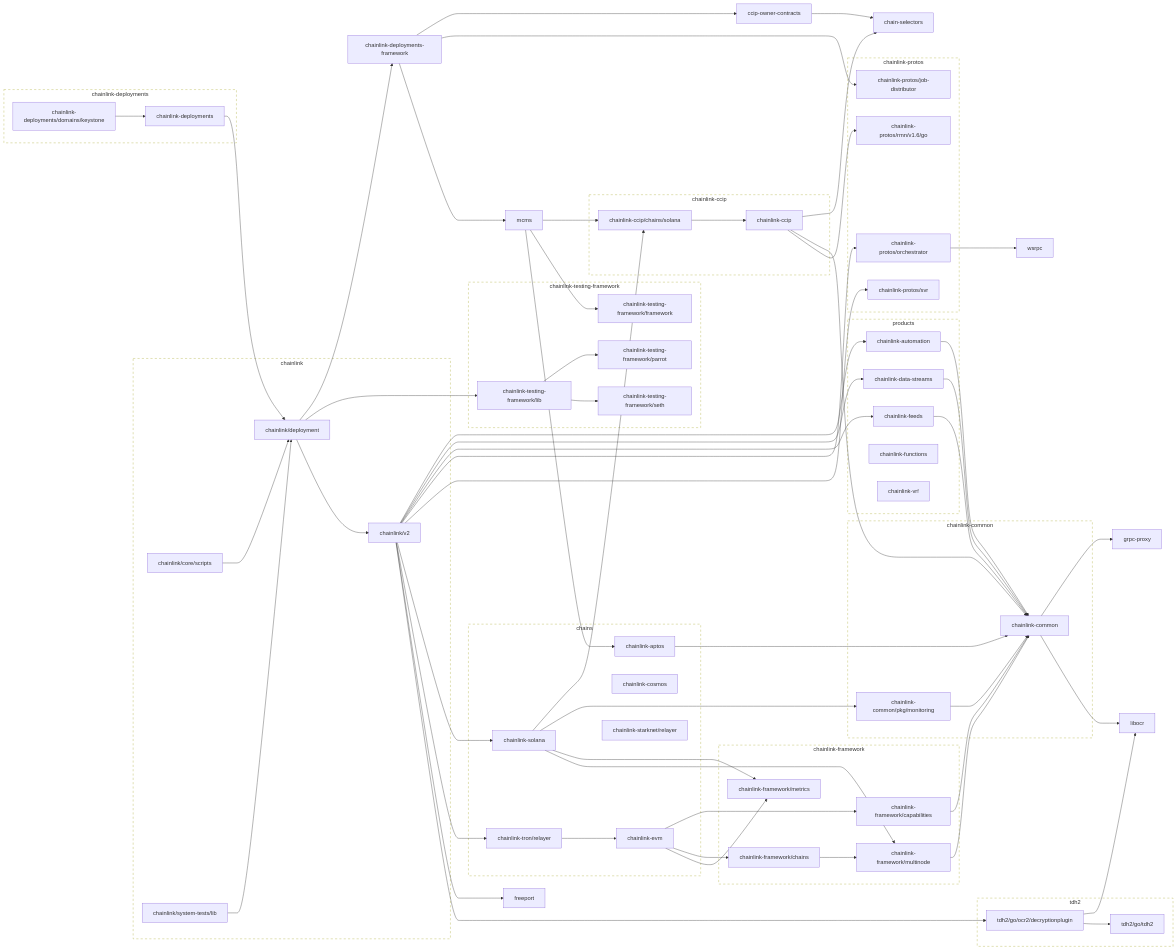
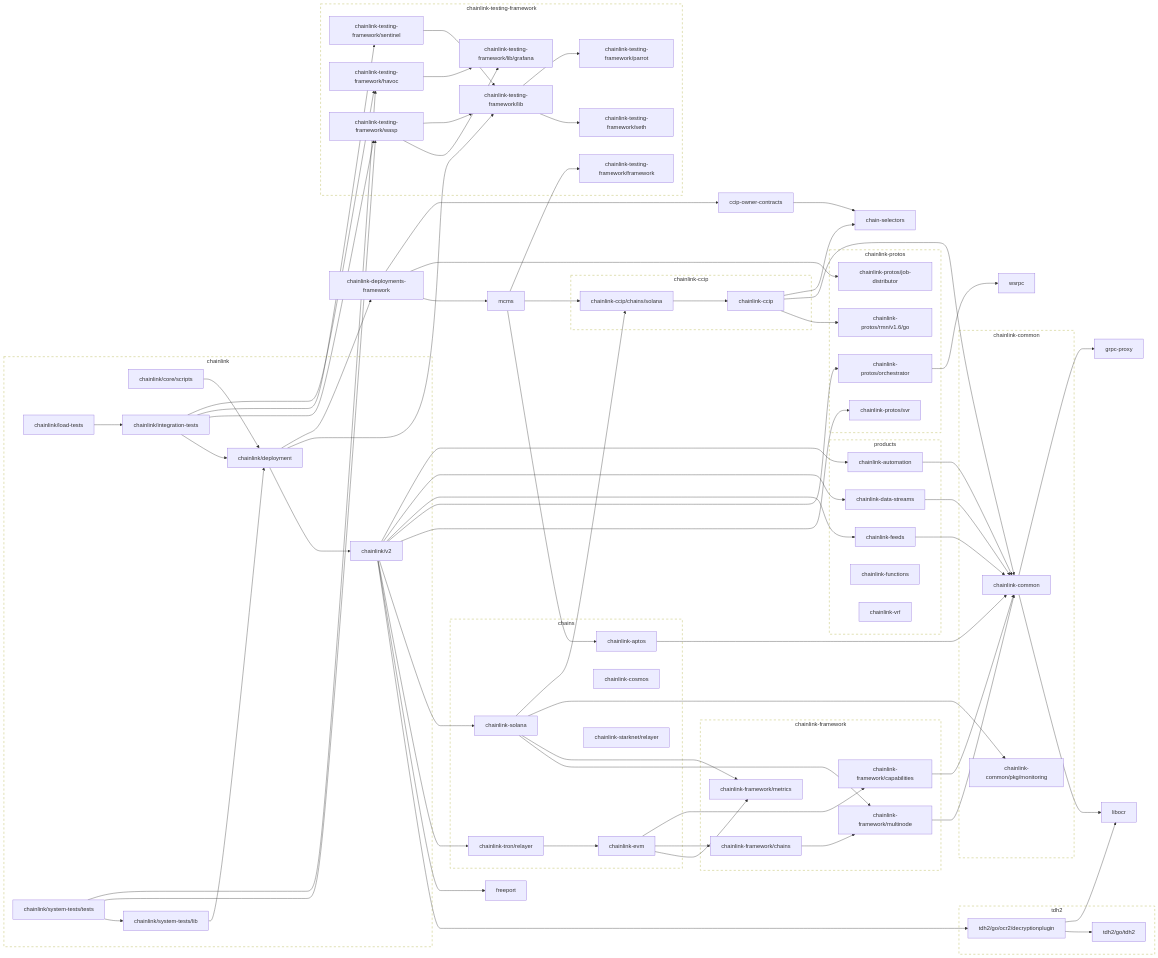
The second of 2 diagrams in go.md (smartcontractkit/chainlink), drawn with Mermaid before and after one commit. The commit also changed other lines of this file and 1 other file, not shown here.

````diff
--- a/go.md
+++ b/go.md
@@ -224,18 +166,14 @@
 	chainlink-common --> grpc-proxy
 	chainlink-common --> libocr
 	click chainlink-common href "https://github.com/smartcontractkit/chainlink-common"
-	chainlink-common/pkg/monitoring --> chainlink-common
+	chainlink-common/pkg/monitoring
 	click chainlink-common/pkg/monitoring href "https://github.com/smartcontractkit/chainlink-common"
 	chainlink-data-streams --> chainlink-common
 	click chainlink-data-streams href "https://github.com/smartcontractkit/chainlink-data-streams"
-	chainlink-deployments --> chainlink/deployment
-	click chainlink-deployments href "https://github.com/smartcontractkit/chainlink-deployments"
 	chainlink-deployments-framework --> ccip-owner-contracts
 	chainlink-deployments-framework --> chainlink-protos/job-distributor
 	chainlink-deployments-framework --> mcms
 	click chainlink-deployments-framework href "https://github.com/smartcontractkit/chainlink-deployments-framework"
-	chainlink-deployments/domains/keystone --> chainlink-deployments
-	click chainlink-deployments/domains/keystone href "https://github.com/smartcontractkit/chainlink-deployments"
 	chainlink-evm --> chainlink-framework/capabilities
 	chainlink-evm --> chainlink-framework/chains
 	chainlink-evm --> chainlink-framework/metrics
@@ -265,13 +203,22 @@
 	click chainlink-solana href "https://github.com/smartcontractkit/chainlink-solana"
 	chainlink-testing-framework/framework
 	click chainlink-testing-framework/framework href "https://github.com/smartcontractkit/chainlink-testing-framework"
+	chainlink-testing-framework/havoc --> chainlink-testing-framework/lib/grafana
+	click chainlink-testing-framework/havoc href "https://github.com/smartcontractkit/chainlink-testing-framework"
 	chainlink-testing-framework/lib --> chainlink-testing-framework/parrot
 	chainlink-testing-framework/lib --> chainlink-testing-framework/seth
 	click chainlink-testing-framework/lib href "https://github.com/smartcontractkit/chainlink-testing-framework"
+	chainlink-testing-framework/lib/grafana
+	click chainlink-testing-framework/lib/grafana href "https://github.com/smartcontractkit/chainlink-testing-framework"
 	chainlink-testing-framework/parrot
 	click chainlink-testing-framework/parrot href "https://github.com/smartcontractkit/chainlink-testing-framework"
+	chainlink-testing-framework/sentinel --> chainlink-testing-framework/lib
+	click chainlink-testing-framework/sentinel href "https://github.com/smartcontractkit/chainlink-testing-framework"
 	chainlink-testing-framework/seth
 	click chainlink-testing-framework/seth href "https://github.com/smartcontractkit/chainlink-testing-framework"
+	chainlink-testing-framework/wasp --> chainlink-testing-framework/lib
+	chainlink-testing-framework/wasp --> chainlink-testing-framework/lib/grafana
+	click chainlink-testing-framework/wasp href "https://github.com/smartcontractkit/chainlink-testing-framework"
 	chainlink-tron/relayer --> chainlink-evm
 	click chainlink-tron/relayer href "https://github.com/smartcontractkit/chainlink-tron"
 	chainlink/core/scripts --> chainlink/deployment
@@ -280,8 +227,19 @@
 	chainlink/deployment --> chainlink-testing-framework/lib
 	chainlink/deployment --> chainlink/v2
 	click chainlink/deployment href "https://github.com/smartcontractkit/chainlink"
+	chainlink/integration-tests --> chainlink-testing-framework/havoc
+	chainlink/integration-tests --> chainlink-testing-framework/sentinel
+	chainlink/integration-tests --> chainlink-testing-framework/wasp
+	chainlink/integration-tests --> chainlink/deployment
+	click chainlink/integration-tests href "https://github.com/smartcontractkit/chainlink"
+	chainlink/load-tests --> chainlink/integration-tests
+	click chainlink/load-tests href "https://github.com/smartcontractkit/chainlink"
 	chainlink/system-tests/lib --> chainlink/deployment
 	click chainlink/system-tests/lib href "https://github.com/smartcontractkit/chainlink"
+	chainlink/system-tests/tests --> chainlink-testing-framework/havoc
+	chainlink/system-tests/tests --> chainlink-testing-framework/wasp
+	chainlink/system-tests/tests --> chainlink/system-tests/lib
+	click chainlink/system-tests/tests href "https://github.com/smartcontractkit/chainlink"
 	chainlink/v2 --> chainlink-automation
 	chainlink/v2 --> chainlink-data-streams
 	chainlink/v2 --> chainlink-feeds
@@ -313,7 +271,10 @@
 	subgraph chainlink-repo[chainlink]
 		 chainlink/core/scripts
 		 chainlink/deployment
+		 chainlink/integration-tests
+		 chainlink/load-tests
 		 chainlink/system-tests/lib
+		 chainlink/system-tests/tests
 		 chainlink/v2
 	end
 	click chainlink-repo href "https://github.com/smartcontractkit/chainlink"
@@ -329,12 +290,6 @@
 		 chainlink-common/pkg/monitoring
 	end
 	click chainlink-common-repo href "https://github.com/smartcontractkit/chainlink-common"
-
-	subgraph chainlink-deployments-repo[chainlink-deployments]
-		 chainlink-deployments
-		 chainlink-deployments/domains/keystone
-	end
-	click chainlink-deployments-repo href "https://github.com/smartcontractkit/chainlink-deployments"
 
 	subgraph chainlink-framework-repo[chainlink-framework]
 		 chainlink-framework/capabilities
@@ -354,9 +309,13 @@
 
 	subgraph chainlink-testing-framework-repo[chainlink-testing-framework]
 		 chainlink-testing-framework/framework
+		 chainlink-testing-framework/havoc
 		 chainlink-testing-framework/lib
+		 chainlink-testing-framework/lib/grafana
 		 chainlink-testing-framework/parrot
+		 chainlink-testing-framework/sentinel
 		 chainlink-testing-framework/seth
+		 chainlink-testing-framework/wasp
 	end
 	click chainlink-testing-framework-repo href "https://github.com/smartcontractkit/chainlink-testing-framework"
 
@@ -367,5 +326,5 @@
 	click tdh2-repo href "https://github.com/smartcontractkit/tdh2"
 
 	classDef outline stroke-dasharray:6,fill:none;
-	class chainlink-repo,chainlink-ccip-repo,chainlink-common-repo,chainlink-deployments-repo,chainlink-framework-repo,chainlink-protos-repo,chainlink-testing-framework-repo,tdh2-repo outline
+	class chainlink-repo,chainlink-ccip-repo,chainlink-common-repo,chainlink-framework-repo,chainlink-protos-repo,chainlink-testing-framework-repo,tdh2-repo outline
 ```
````
